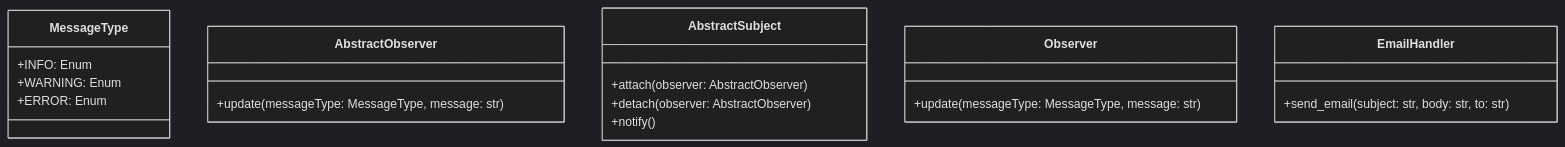
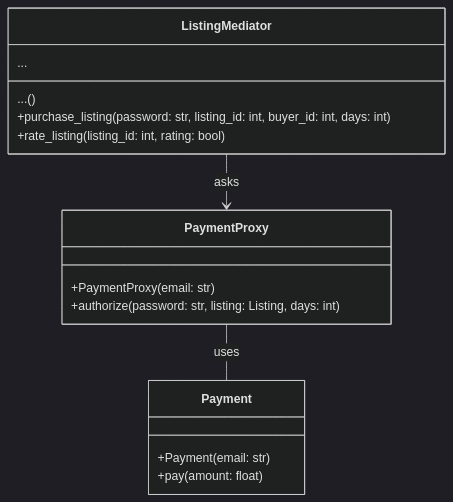
The sixth of 6 diagrams in design/UML.md (wyliew19/DriveShare), drawn with Mermaid (dark theme) before and after one commit. The commit also changed other lines of this file, not shown here.

Commit message:
Finished UML

````diff
--- a/design/UML.md
+++ b/design/UML.md
@@ -87,22 +205,19 @@
 ```mermaid
 classDiagram
-    class MessageType {
-        +INFO: Enum
-        +WARNING: Enum
-        +ERROR: Enum
+    class ListingMediator {
+        ...
+        ...()
+        +purchase_listing(password: str, listing_id: int, buyer_id: int, days: int)
+        +rate_listing(listing_id: int, rating: bool)
     }
-    class AbstractObserver {
-        +update(messageType: MessageType, message: str)
+    class Payment {
+        +Payment(email: str)
+        +pay(amount: float)
     }
-    class AbstractSubject {
-        +attach(observer: AbstractObserver)
-        +detach(observer: AbstractObserver)
-        +notify()
+    class PaymentProxy {
+        +PaymentProxy(email: str)
+        +authorize(password: str, listing: Listing, days: int)
     }
-    class Observer {
-        +update(messageType: MessageType, message: str)
-    }
-    class EmailHandler {
-        +send_email(subject: str, body: str, to: str)
-    }
+    ListingMediator --> PaymentProxy : asks
+    PaymentProxy -- Payment : uses
 ```
````
